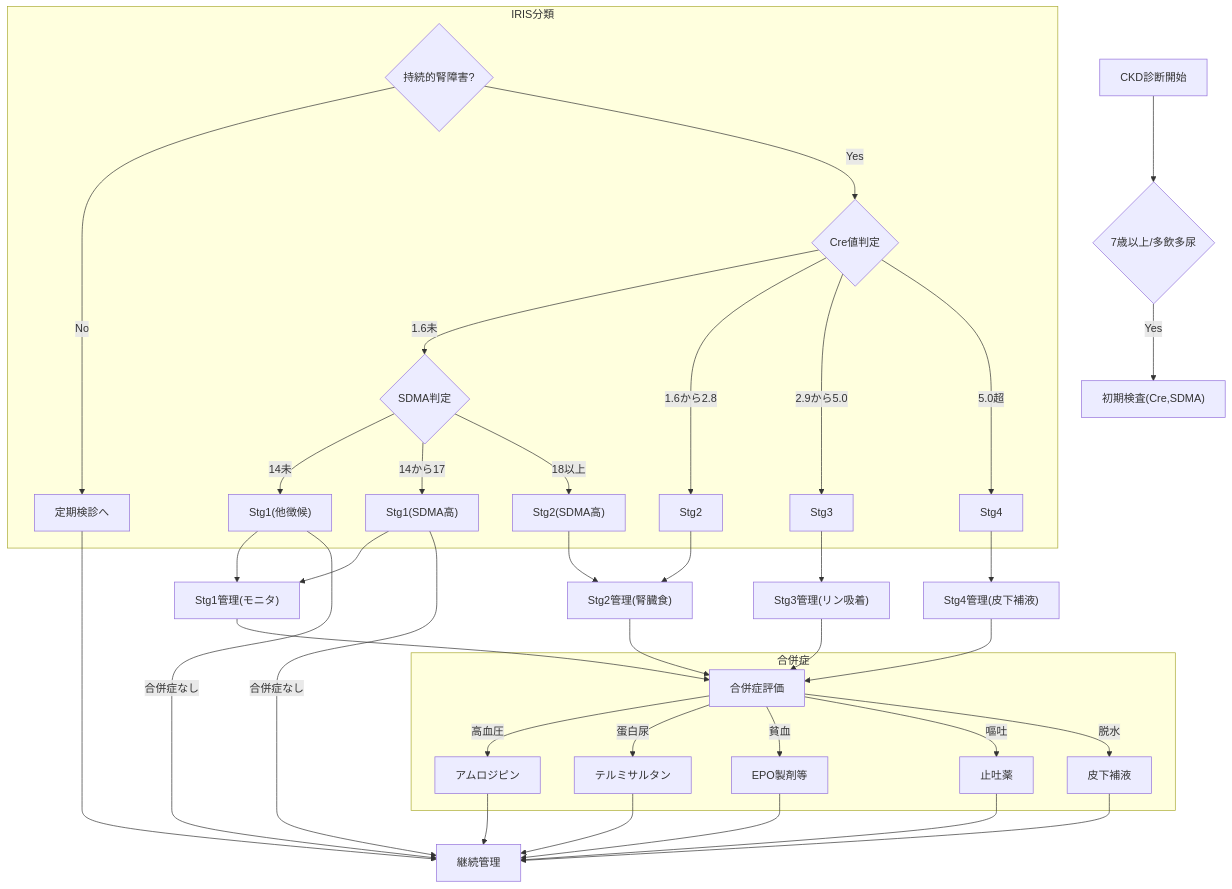
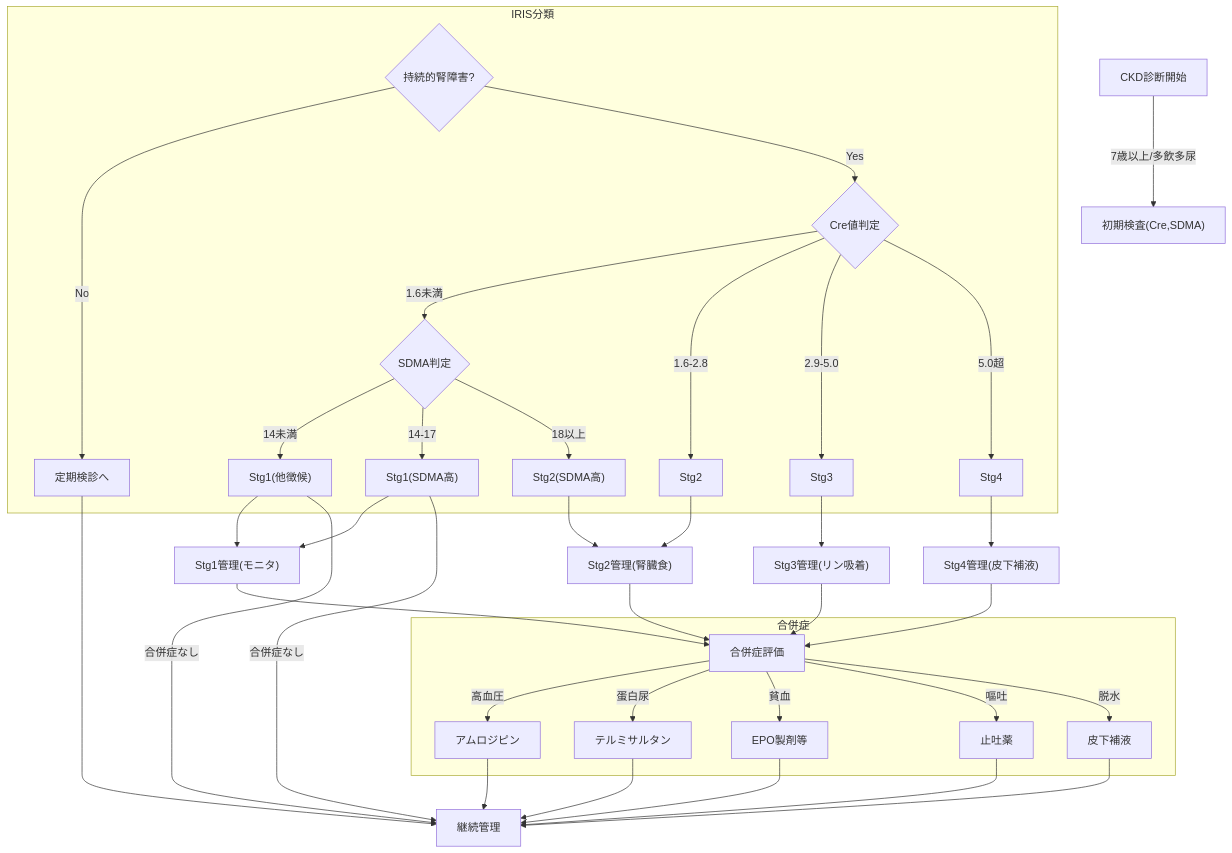
Before and after one commit to sohey-vet/Vet-articles: the diagram in topics/腎泌尿器/猫のCKD_IRISステージ別管理.md, drawn with Mermaid. The commit also changed 1 other file, not shown here.

Commit message:
fix: resolve mermaid v10.9.1 syntax error from unsupported multi-node syntax

```diff
--- a/topics/腎泌尿器/猫のCKD_IRISステージ別管理.md
+++ b/topics/腎泌尿器/猫のCKD_IRISステージ別管理.md
@@ -36,39 +36,48 @@
 <pre class="mermaid">
 graph TB
-    A["CKD診断開始"] --> B{"7歳以上/多飲多尿"}
-    B -- Yes --> C["初期検査(Cre,SDMA)"]
+    A["CKD診断開始"] -->|7歳以上/多飲多尿| C["初期検査(Cre,SDMA)"]
 
     subgraph IRIS分類
         D{"持続的腎障害?"}
-        D -- No --> E["定期検診へ"]
-        D -- Yes --> F{"Cre値判定"}
+        D -->|No| E["定期検診へ"]
+        D -->|Yes| F{"Cre値判定"}
 
-        F -- 1.6未 --> G{"SDMA判定"}
-        G -- 14未 --> S1_NC["Stg1(他徴候)"]
-        G -- 14から17 --> S1_SDMA["Stg1(SDMA高)"]
-        G -- 18以上 --> S2_SDMA["Stg2(SDMA高)"]
+        F -->|1.6未満| G{"SDMA判定"}
+        G -->|14未満| S1_NC["Stg1(他徴候)"]
+        G -->|14-17| S1_SDMA["Stg1(SDMA高)"]
+        G -->|18以上| S2_SDMA["Stg2(SDMA高)"]
 
-        F -- 1.6から2.8 --> S2_Cre["Stg2"]
-        F -- 2.9から5.0 --> S3["Stg3"]
-        F -- 5.0超 --> S4["Stg4"]
+        F -->|1.6-2.8| S2_Cre["Stg2"]
+        F -->|2.9-5.0| S3["Stg3"]
+        F -->|5.0超| S4["Stg4"]
     end
 
-    S1_NC & S1_SDMA --> M1["Stg1管理(モニタ)"]
-    S2_SDMA & S2_Cre --> M2["Stg2管理(腎臓食)"]
+    S1_NC --> M1["Stg1管理(モニタ)"]
+    S1_SDMA --> M1
+    S2_SDMA --> M2["Stg2管理(腎臓食)"]
+    S2_Cre --> M2
     S3 --> M3["Stg3管理(リン吸着)"]
     S4 --> M4["Stg4管理(皮下補液)"]
 
-    M1 & M2 & M3 & M4 --> O["合併症評価"]
+    M1 --> O["合併症評価"]
+    M2 --> O
+    M3 --> O
+    M4 --> O
 
     subgraph 合併症
-        O -- 高血圧 --> T_BP["アムロジピン"]
-        O -- 蛋白尿 --> T_Pro["テルミサルタン"]
-        O -- 貧血 --> T_Anemia["EPO製剤等"]
-        O -- 嘔吐 --> T_GI["止吐薬"]
-        O -- 脱水 --> T_Dehyd["皮下補液"]
+        O -->|高血圧| T_BP["アムロジピン"]
+        O -->|蛋白尿| T_Pro["テルミサルタン"]
+        O -->|貧血| T_Anemia["EPO製剤等"]
+        O -->|嘔吐| T_GI["止吐薬"]
+        O -->|脱水| T_Dehyd["皮下補液"]
     end
 
-    T_BP & T_Pro & T_Anemia & T_GI & T_Dehyd --> P["継続管理"]
+    T_BP --> P["継続管理"]
+    T_Pro --> P
+    T_Anemia --> P
+    T_GI --> P
+    T_Dehyd --> P
     E --> P
-    S1_NC & S1_SDMA -- 合併症なし --> P
+    S1_NC -->|合併症なし| P
+    S1_SDMA -->|合併症なし| P
 </pre>
```
